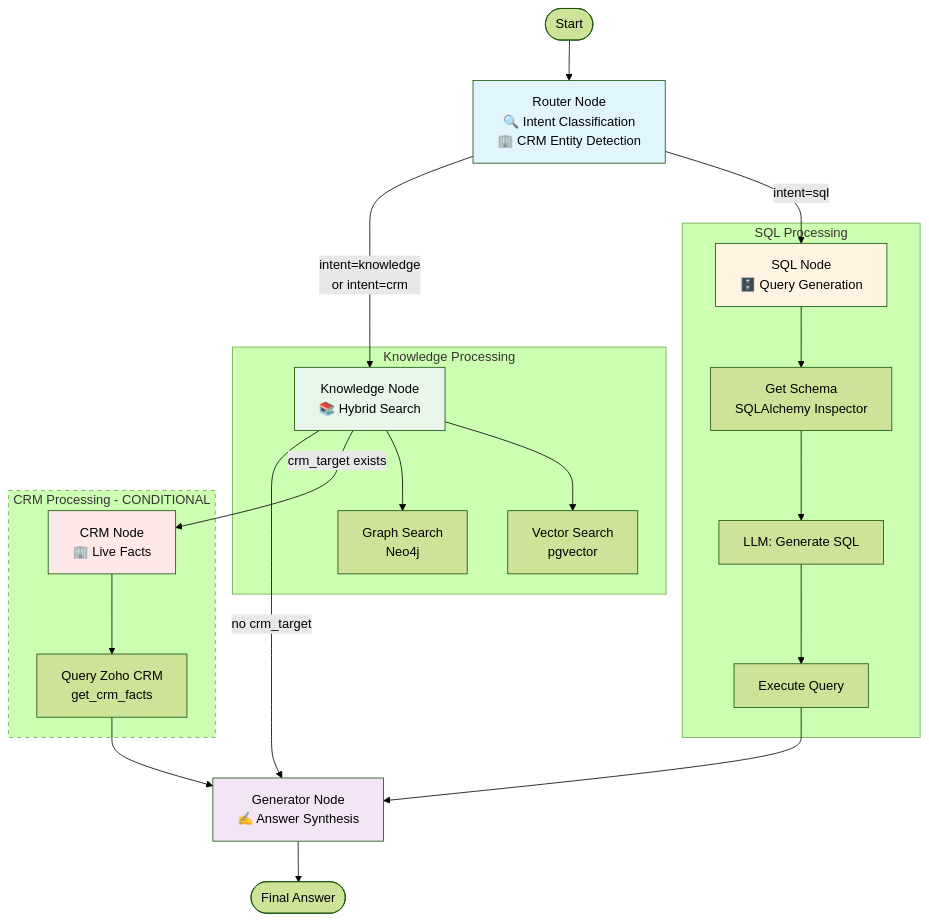
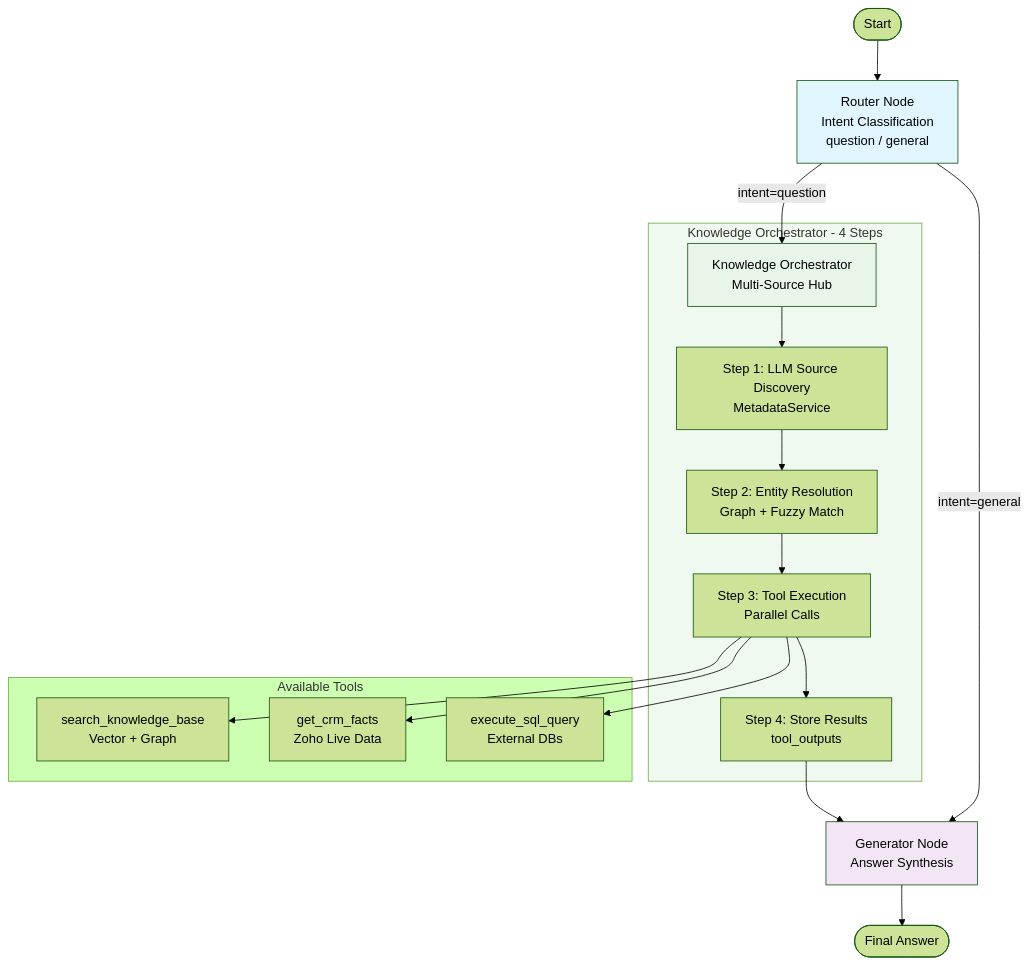
One commit to expoya/adizon-knowledge-core changed the seventh of 9 diagrams in docs/ARCHITECTURE.md. Above: the diagram before and after it, drawn with Mermaid (forest theme). The commit also changed other lines of this file and 3 other files, not shown here.

````diff
--- a/docs/ARCHITECTURE.md
+++ b/docs/ARCHITECTURE.md
@@ -343,37 +343,33 @@
 ```mermaid
 graph TB
-    START([Start]) --> ROUTER[Router Node<br/>🔍 Intent Classification<br/>🏢 CRM Entity Detection]
-    
-    ROUTER -->|intent=sql| SQL[SQL Node<br/>🗄️ Query Generation]
-    ROUTER -->|intent=knowledge<br/>or intent=crm| KB[Knowledge Node<br/>📚 Hybrid Search]
-    
-    subgraph SQL_FLOW[SQL Processing]
-        SQL --> SCHEMA[Get Schema<br/>SQLAlchemy Inspector]
-        SCHEMA --> GENQ[LLM: Generate SQL]
-        GENQ --> EXEC[Execute Query]
+    START([Start]) --> ROUTER[Router Node<br/>Intent Classification<br/>question / general]
+
+    ROUTER -->|intent=question| KB[Knowledge Orchestrator<br/>Multi-Source Hub]
+    ROUTER -->|intent=general| GEN[Generator Node<br/>Answer Synthesis]
+
+    subgraph KB_FLOW[Knowledge Orchestrator - 4 Steps]
+        KB --> DISCOVER[Step 1: LLM Source Discovery<br/>MetadataService]
+        DISCOVER --> ENTITY[Step 2: Entity Resolution<br/>Graph + Fuzzy Match]
+        ENTITY --> TOOLS[Step 3: Tool Execution<br/>Parallel Calls]
+        TOOLS --> STORE[Step 4: Store Results<br/>tool_outputs]
     end
-    
-    subgraph KB_FLOW[Knowledge Processing]
-        KB --> VEC[Vector Search<br/>pgvector]
-        KB --> GRAPH[Graph Search<br/>Neo4j]
+
+    subgraph TOOL_CALLS[Available Tools]
+        T1[search_knowledge_base<br/>Vector + Graph]
+        T2[get_crm_facts<br/>Zoho Live Data]
+        T3[execute_sql_query<br/>External DBs]
     end
-    
-    KB -->|crm_target exists| CRM[CRM Node<br/>🏢 Live Facts]
-    KB -->|no crm_target| GEN[Generator Node<br/>✍️ Answer Synthesis]
-    
-    subgraph CRM_FLOW[CRM Processing - CONDITIONAL]
-        CRM --> ZOHO[Query Zoho CRM<br/>get_crm_facts]
-    end
-    
-    EXEC --> GEN
-    ZOHO --> GEN
-    
+
+    TOOLS --> T1
+    TOOLS --> T2
+    TOOLS --> T3
+
+    STORE --> GEN
+
     GEN --> END([Final Answer])
-    
+
     style ROUTER fill:#e1f5ff
-    style SQL fill:#fff4e1
     style KB fill:#e8f5e9
-    style CRM fill:#ffe8e8
     style GEN fill:#f3e5f5
-    style CRM_FLOW stroke-dasharray: 5 5
+    style KB_FLOW fill:#f0f9f0
 ```
````
